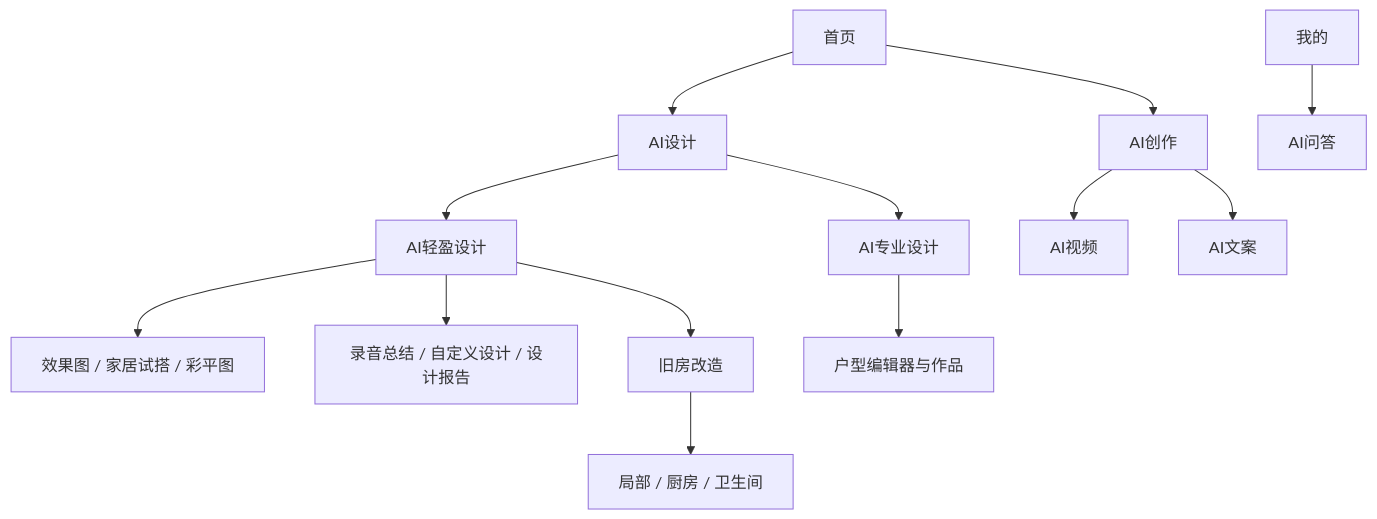
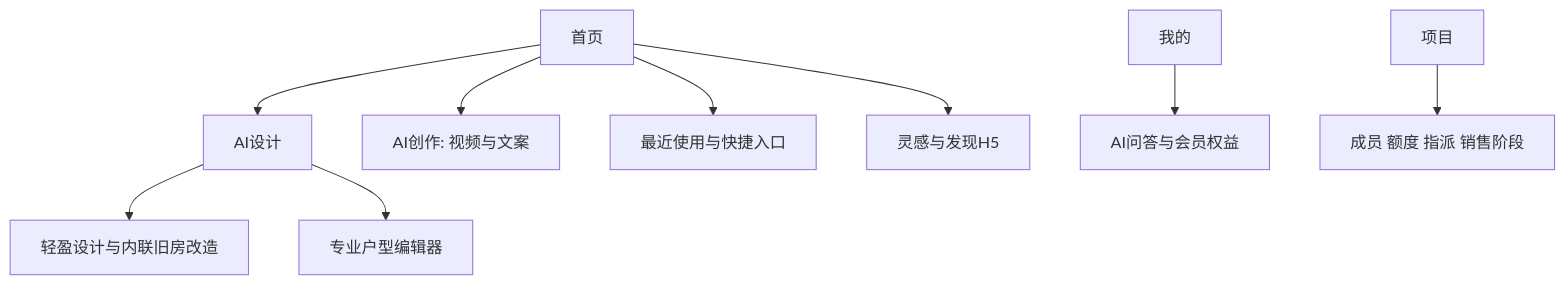
One commit to Orientation-CD/docs changed the diagram in zh/frontend/overview.md. Above: the diagram before and after it, drawn with Mermaid. The commit also changed other lines of this file and 203 other files, not shown here.

````diff
--- a/zh/frontend/overview.md
+++ b/zh/frontend/overview.md
@@ -9,15 +7,11 @@
 ```mermaid
 flowchart TB
   H[首页] --> D[AI设计]
-  D --> L[AI轻盈设计]
-  D --> P[AI专业设计]
-  L --> I[效果图 / 家居试搭 / 彩平图]
-  L --> R[录音总结 / 自定义设计 / 设计报告]
-  L --> O[旧房改造]
-  O --> K[局部 / 厨房 / 卫生间]
-  P --> F[户型编辑器与作品]
-  H --> C[AI创作]
-  C --> V[AI视频]
-  C --> T[AI文案]
-  A[我的] --> Q[AI问答]
+  D --> L[轻盈设计与内联旧房改造]
+  D --> P[专业户型编辑器]
+  H --> C[AI创作: 视频与文案]
+  H --> R[最近使用与快捷入口]
+  H --> I[灵感与发现H5]
+  A[我的] --> Q[AI问答与会员权益]
+  W[项目] --> M[成员 额度 指派 销售阶段]
 ```
````
